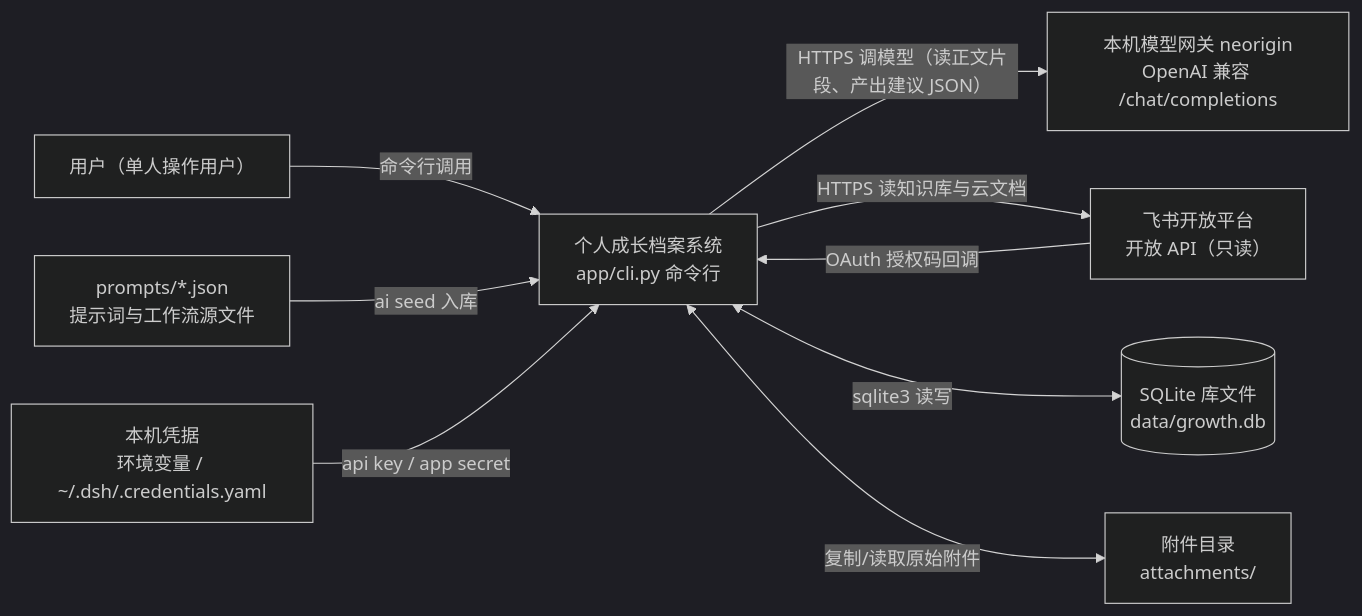
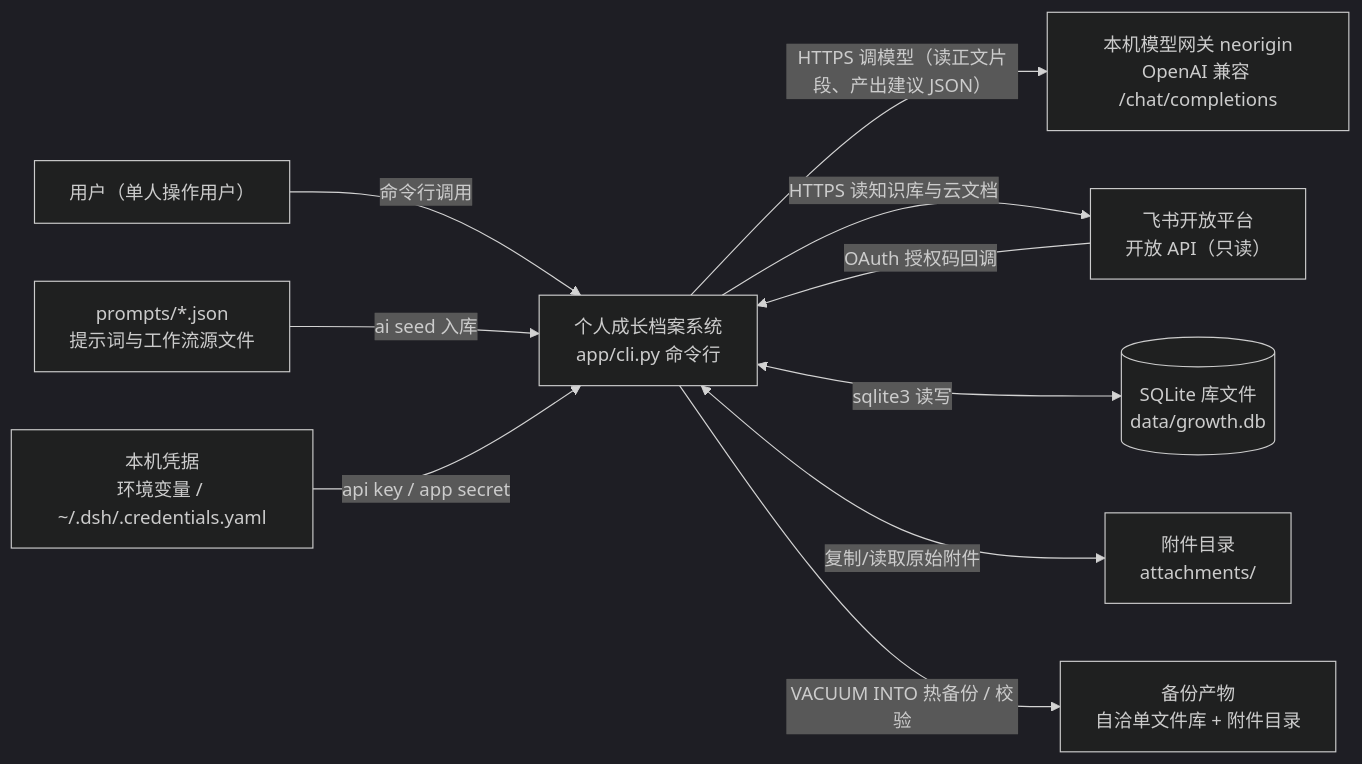
One commit to wingfl/Personal-Growth changed the first of 6 diagrams in docs/架构设计.md. Above: the diagram before and after it, drawn with Mermaid (dark theme). The commit also changed other lines of this file and 24 other files, not shown here.

````diff
--- a/docs/架构设计.md
+++ b/docs/架构设计.md
@@ -81,20 +81,21 @@
 ```mermaid
 flowchart LR
   U["用户（单人操作用户）"]
   CLI["个人成长档案系统<br/>app/cli.py 命令行"]
   GW["本机模型网关 neorigin<br/>OpenAI 兼容 /chat/completions"]
   FS["飞书开放平台<br/>开放 API（只读）"]
   DB[("SQLite 库文件<br/>data/growth.db")]
   ATT["附件目录<br/>attachments/"]
   P["prompts/*.json<br/>提示词与工作流源文件"]
   CRED["本机凭据<br/>环境变量 / ~/.dsh/.credentials.yaml"]
 
   U -->|"命令行调用"| CLI
   CLI -->|"HTTPS 调模型（读正文片段、产出建议 JSON）"| GW
   CLI -->|"HTTPS 读知识库与云文档"| FS
   FS -->|"OAuth 授权码回调"| CLI
   CLI <-->|"sqlite3 读写"| DB
   CLI <-->|"复制/读取原始附件"| ATT
+  CLI -->|"VACUUM INTO 热备份 / 校验"| BK["备份产物<br/>自洽单文件库 + 附件目录"]
   P -->|"ai seed 入库"| CLI
   CRED -->|"api key / app secret"| CLI
 ```
````
